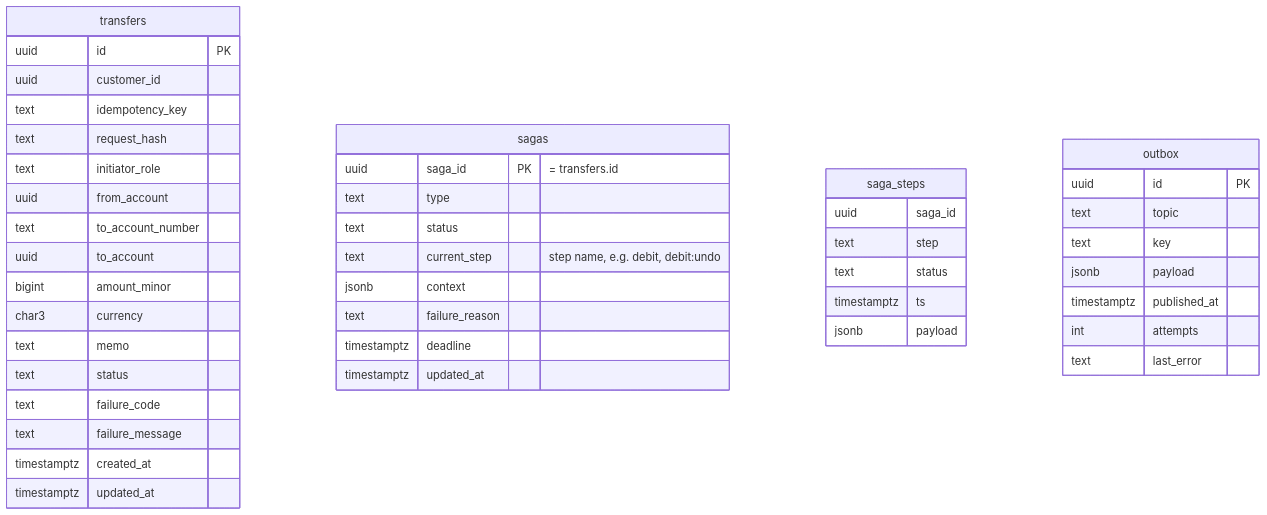
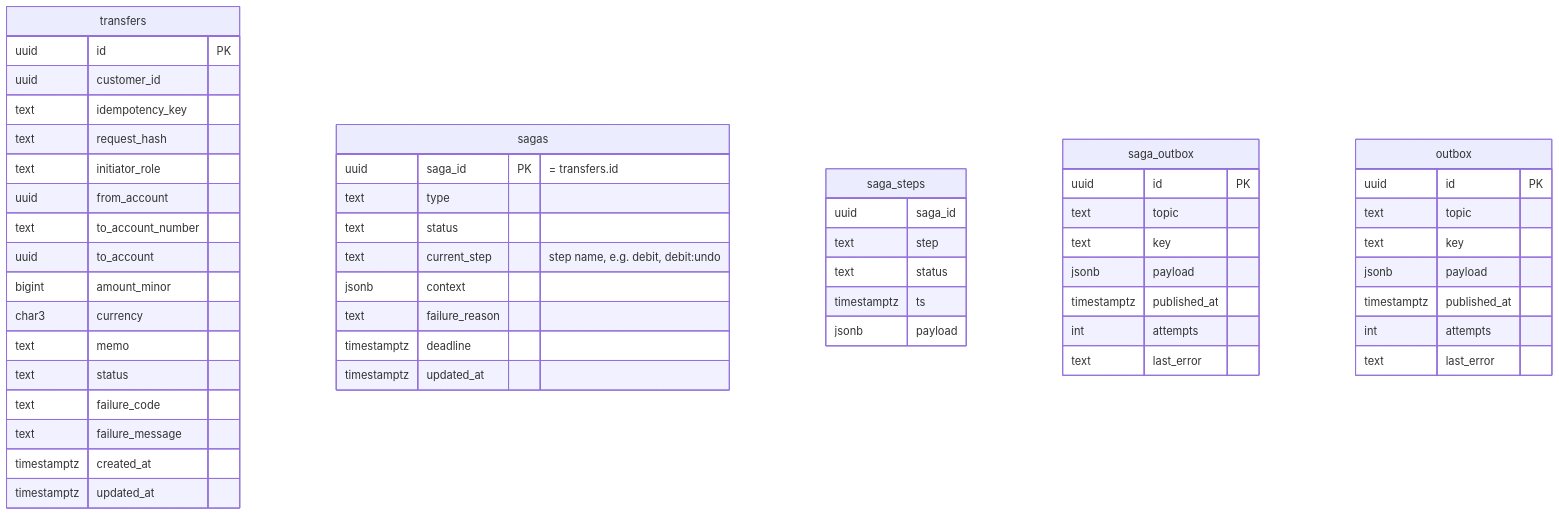
One commit to GodwinJacobR/mock-bank changed the diagram in specs/transfers/002-schema.md. Above: the diagram before and after it, drawn with Mermaid. The commit also changed other lines of this file and 2 other files, not shown here.

First line of the commit message:
Rework saga spec as a reusable library

````diff
--- a/specs/transfers/002-schema.md
+++ b/specs/transfers/002-schema.md
@@ -22,47 +23,56 @@
 ```mermaid
 erDiagram
   transfers {
     uuid id PK
     uuid customer_id
     text idempotency_key
     text request_hash
     text initiator_role
     uuid from_account
     text to_account_number
     uuid to_account
     bigint amount_minor
     char3 currency
     text memo
     text status
     text failure_code
     text failure_message
     timestamptz created_at
     timestamptz updated_at
   }
   sagas {
     uuid saga_id PK "= transfers.id"
     text type
     text status
     text current_step "step name, e.g. debit, debit:undo"
     jsonb context
     text failure_reason
     timestamptz deadline
     timestamptz updated_at
   }
   saga_steps {
     uuid saga_id
     text step
     text status
     timestamptz ts
     jsonb payload
   }
+  saga_outbox {
+    uuid id PK
+    text topic
+    text key
+    jsonb payload
+    timestamptz published_at
+    int attempts
+    text last_error
+  }
   outbox {
     uuid id PK
     text topic
     text key
     jsonb payload
     timestamptz published_at
     int attempts
     text last_error
   }
 ```
````
